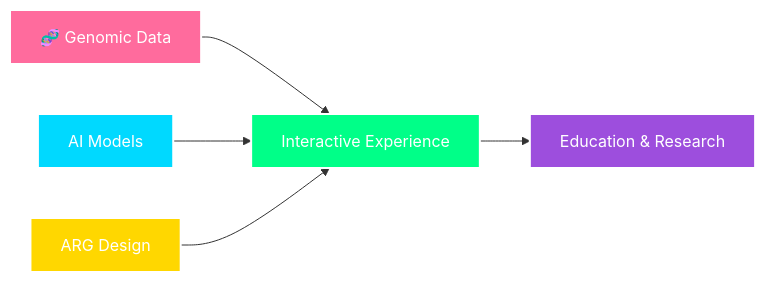
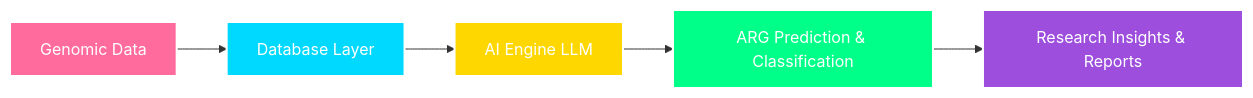
Before and after one commit to Genomic-AI-Research-Lab-GARL/.github: the first of 2 diagrams in profile/README.md, drawn with Mermaid. The commit also changed other lines of this file, not shown here.

First line of the commit message:
Revise README for ARG analysis project

````diff
--- a/profile/README.md
+++ b/profile/README.md
@@ -22,12 +22,12 @@
 ```mermaid
 graph LR
-    A[🧬 Genomic Data] --> D[ Interactive Experience]
-    B[ AI Models] --> D
-    C[ ARG Design] --> D
-    D --> E[ Education & Research]
+    A[Genomic Data] --> B[Database Layer]
+    B --> C[AI Engine LLM]
+    C --> D[ARG Prediction & Classification]
+    D --> E[Research Insights & Reports]
     style A fill:#FF6B9D,stroke:#fff,stroke-width:2px,color:#fff
     style B fill:#00D9FF,stroke:#fff,stroke-width:2px,color:#fff
     style C fill:#FFD700,stroke:#fff,stroke-width:2px,color:#fff
     style D fill:#00FF88,stroke:#fff,stroke-width:2px,color:#fff
     style E fill:#9D4EDD,stroke:#fff,stroke-width:2px,color:#fff
 ```
````
